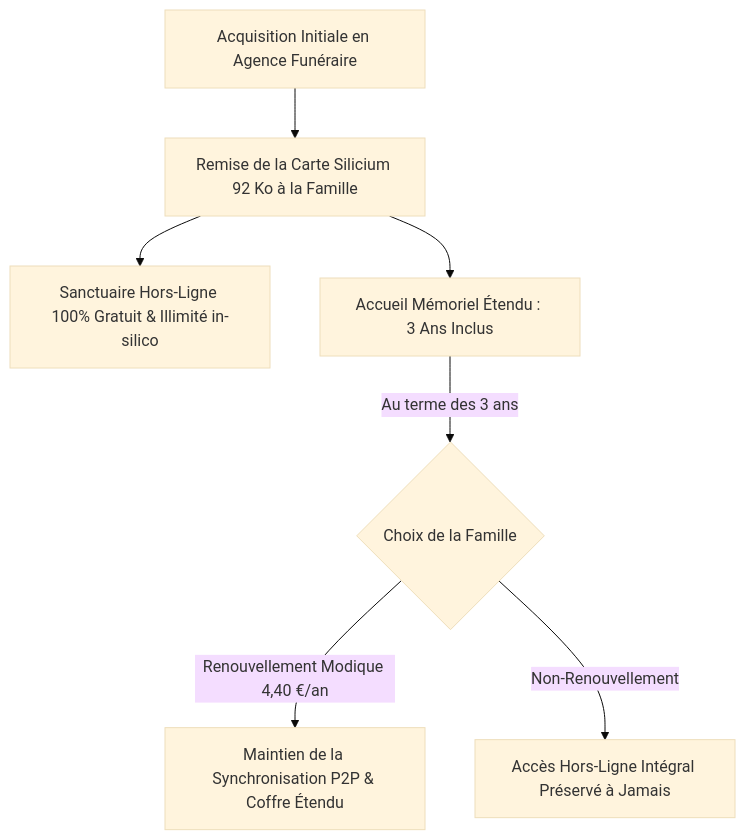
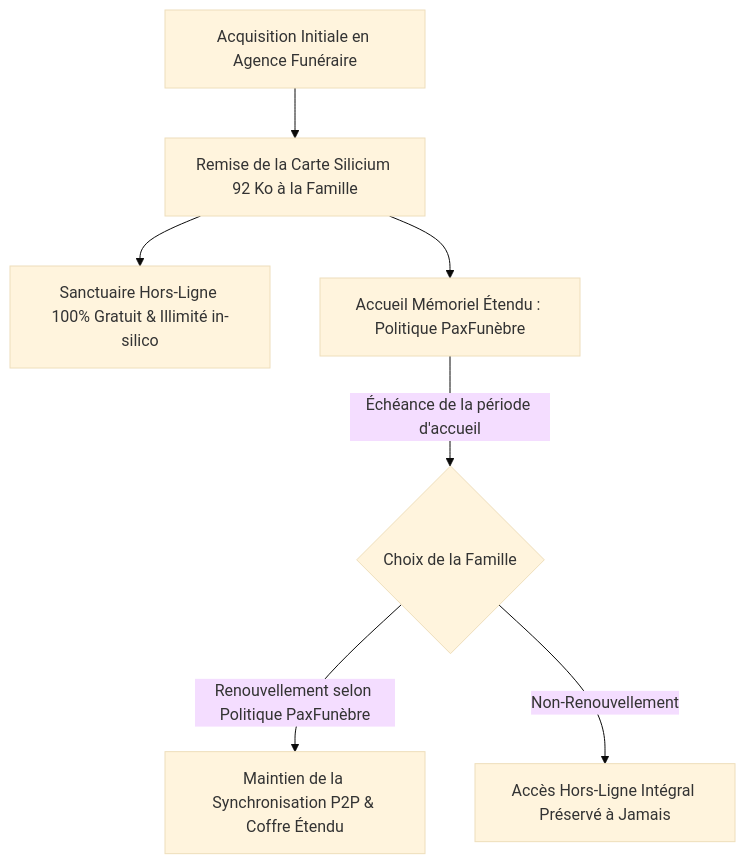
The diagram in bushi/bushi-14-growth-pricing.md (kurodohenroonsen/AeterniTrak_V1.0), drawn with Mermaid (base theme) before and after one commit. The commit also changed other lines of this file and 1 other file, not shown here.

````diff
--- a/bushi/bushi-14-growth-pricing.md
+++ b/bushi/bushi-14-growth-pricing.md
@@ -31,9 +31,9 @@
 ```mermaid
 graph TD
     A[Acquisition Initiale en Agence Funéraire] --> B[Remise de la Carte Silicium 92 Ko à la Famille]
     B --> C[Sanctuaire Hors-Ligne 100% Gratuit & Illimité in-silico]
-    B --> D[Accueil Mémoriel Étendu : 3 Ans Inclus]
-    D -->|Au terme des 3 ans| E{Choix de la Famille}
-    E -->|Renouvellement Modique 4,40 €/an| F[Maintien de la Synchronisation P2P & Coffre Étendu]
+    B --> D[Accueil Mémoriel Étendu : Politique PaxFunèbre]
+    D -->|Échéance de la période d'accueil| E{Choix de la Famille}
+    E -->|Renouvellement selon Politique PaxFunèbre| F[Maintien de la Synchronisation P2P & Coffre Étendu]
     E -->|Non-Renouvellement| G[Accès Hors-Ligne Intégral Préservé à Jamais]
 ```
````
